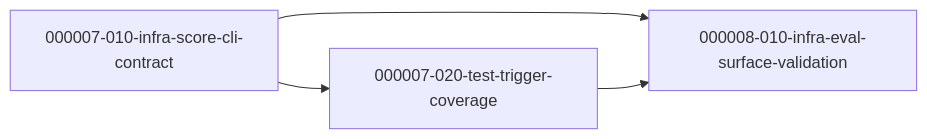
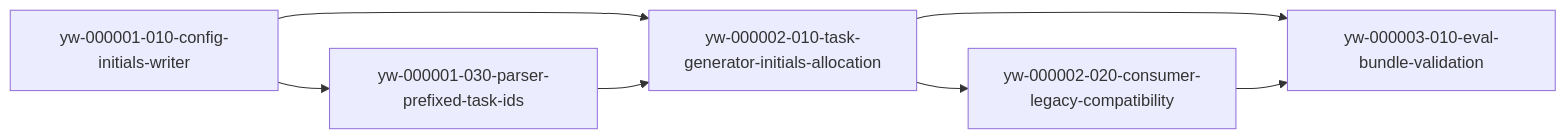
The first of 27 diagrams in tasks/dependency-graph.md (yongwoon/ywc-agent-toolkit), drawn with Mermaid before and after one commit. The commit also changed other lines of this file and 564 other files, not shown here.

First line of the commit message:
feat: add collaborator-initials namespace to task IDs (#169)

````diff
--- a/tasks/dependency-graph.md
+++ b/tasks/dependency-graph.md
@@ -29,6 +24,9 @@
 ```mermaid
 graph LR
-  A[000007-010-infra-score-cli-contract] --> B[000007-020-test-trigger-coverage]
-  A --> C[000008-010-infra-eval-surface-validation]
+  A[yw-000001-010-config-initials-writer] --> B[yw-000001-030-parser-prefixed-task-ids]
+  A --> C[yw-000002-010-task-generator-initials-allocation]
   B --> C
+  C --> D[yw-000002-020-consumer-legacy-compatibility]
+  C --> E[yw-000003-010-eval-bundle-validation]
+  D --> E
 ```
````
